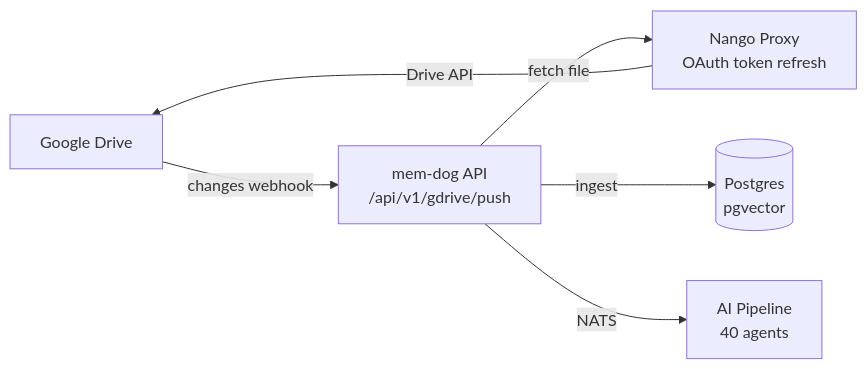
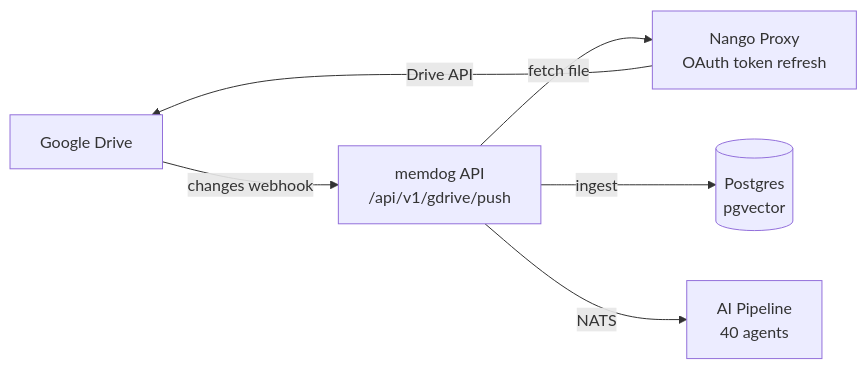
The diagram in docs/apps/google-drive/setup.md (BuildGeekAI/mem-dog), drawn with Mermaid before and after one commit. The commit also changed other lines of this file and 412 other files, not shown here.

````diff
--- a/docs/apps/google-drive/setup.md
+++ b/docs/apps/google-drive/setup.md
@@ -7,8 +7,8 @@
 ```mermaid
 graph LR
-    DRIVE[Google Drive] -- "changes webhook" --> API[mem-dog API<br/>/api/v1/gdrive/push]
+    DRIVE[Google Drive] -- "changes webhook" --> API[memdog API<br/>/api/v1/gdrive/push]
     API -- "fetch file" --> NANGO[Nango Proxy<br/>OAuth token refresh]
     NANGO -- "Drive API" --> DRIVE
     API -- "ingest" --> PG[(Postgres<br/>pgvector)]
     API -- "NATS" --> PIPE[AI Pipeline<br/>40 agents]
 ```
````
